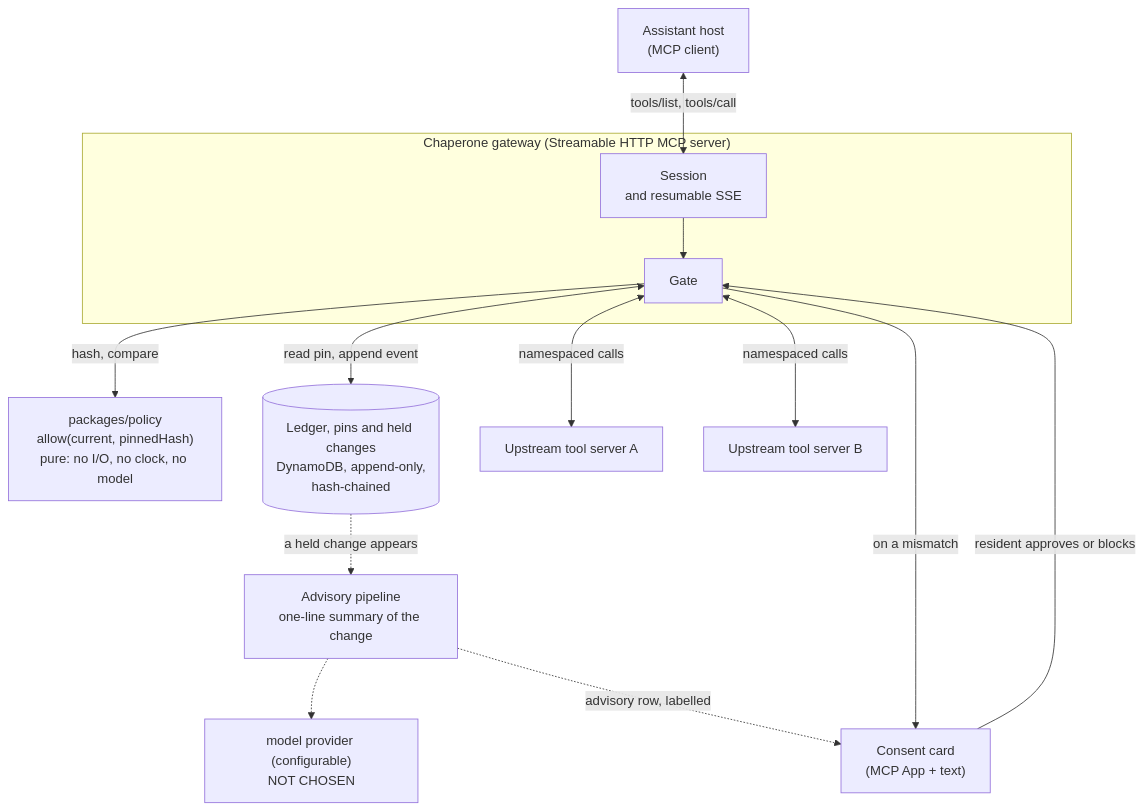
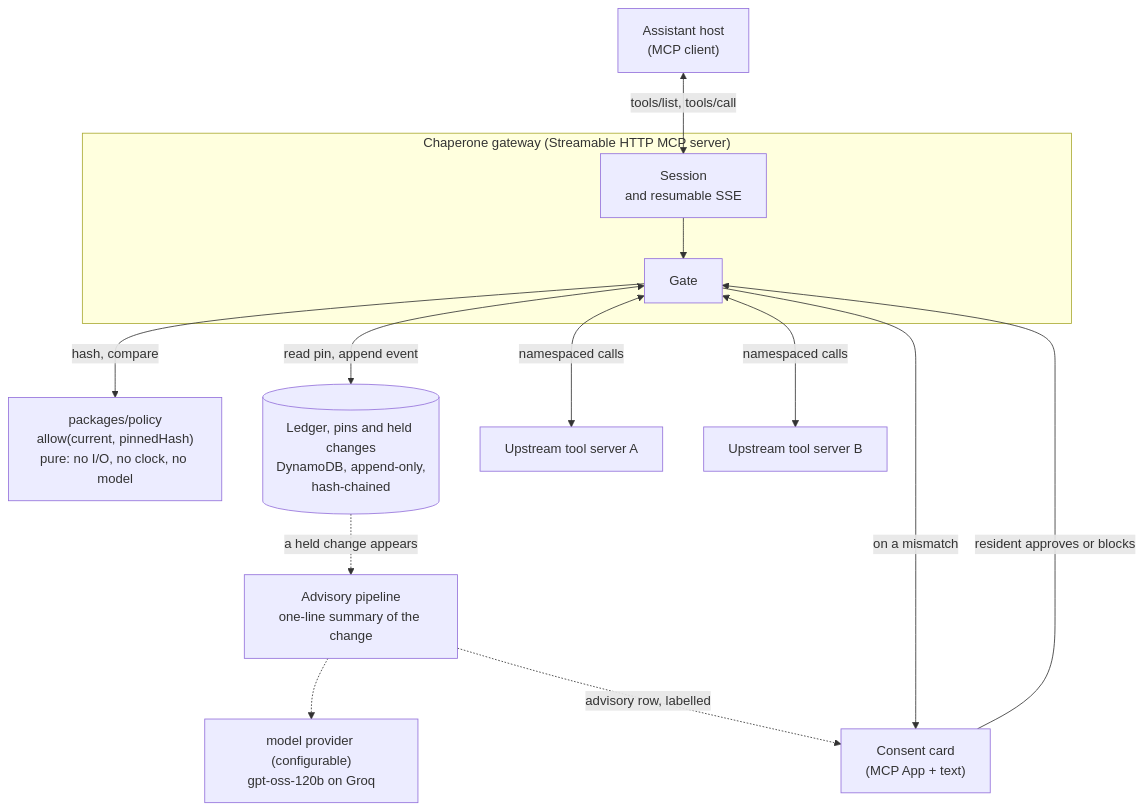
One commit to nirmalraj142007-byte/Chaperone changed the diagram in README.md. Above: the diagram before and after it, drawn with Mermaid. The commit also changed other lines of this file and 4 other files, not shown here.

````diff
--- a/README.md
+++ b/README.md
@@ -314,28 +337,28 @@
 ```mermaid
 flowchart TB
   host["Assistant host<br/>(MCP client)"]
   subgraph gw["Chaperone gateway (Streamable HTTP MCP server)"]
     session["Session<br/>and resumable SSE"]
     gate["Gate"]
   end
   policy["packages/policy<br/>allow(current, pinnedHash)<br/>pure: no I/O, no clock, no model"]
   ledger[("Ledger, pins and held changes<br/>DynamoDB, append-only,<br/>hash-chained")]
   up1["Upstream tool server A"]
   up2["Upstream tool server B"]
   card["Consent card<br/>(MCP App + text)"]
   advisory["Advisory pipeline<br/>one-line summary of the change"]
-  model["model provider (configurable)<br/>NOT CHOSEN"]
+  model["model provider (configurable)<br/>gpt-oss-120b on Groq"]
 
   host <-->|"tools/list, tools/call"| session
   session --> gate
   gate -->|"hash, compare"| policy
   gate <-->|"read pin, append event"| ledger
   gate <-->|"namespaced calls"| up1
   gate <-->|"namespaced calls"| up2
   gate -->|"on a mismatch"| card
   card -->|"resident approves or blocks"| gate
 
   ledger -.->|"a held change appears"| advisory
   advisory -.-> model
   advisory -.->|"advisory row, labelled"| card
 ```
````
